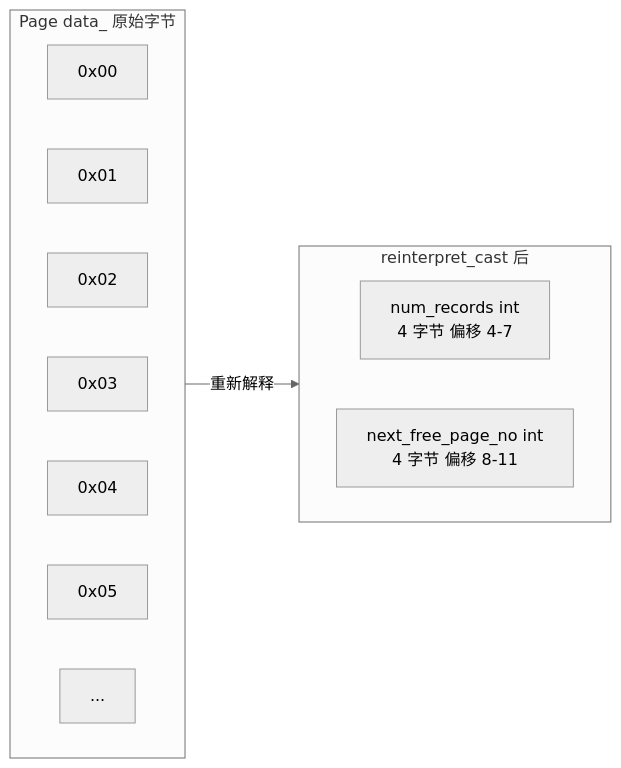
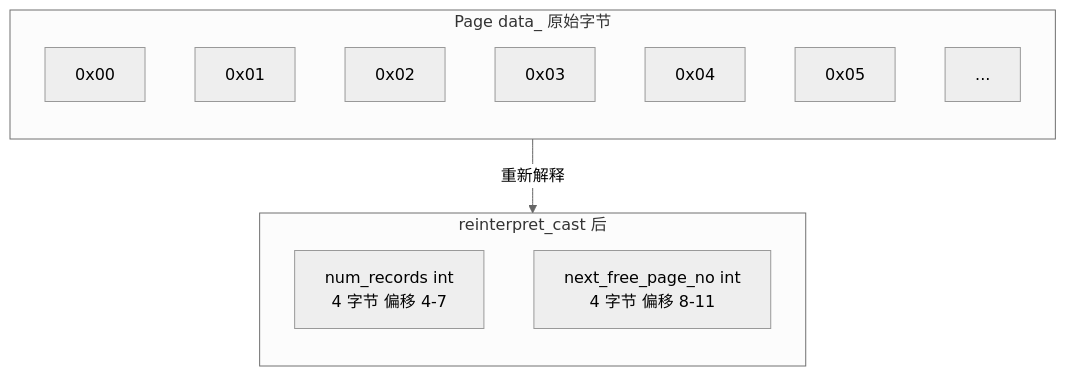
Before and after one commit to Dorian7Alden/RMDB-2024-Analyze: the second of 3 diagrams in my-analysis/02-record-layer/03-record-page-layout.md, drawn with Mermaid (neutral theme). The commit also changed other lines of this file and 11 other files, not shown here.

````diff
--- a/my-analysis/02-record-layer/03-record-page-layout.md
+++ b/my-analysis/02-record-layer/03-record-page-layout.md
@@ -224,21 +224,21 @@
 ```mermaid
-flowchart LR
+flowchart TB
     subgraph raw["Page data_ 原始字节"]
-        direction LR
+        direction TB
         B0["0x00"]
         B1["0x01"]
         B2["0x02"]
         B3["0x03"]
         B4["0x04"]
         B5["0x05"]
         BN["..."]
     end
 
     subgraph hdr["reinterpret_cast 后"]
-        direction LR
+        direction TB
         H0["num_records int<br/>4 字节 偏移 4-7"]
         H1["next_free_page_no int<br/>4 字节 偏移 8-11"]
     end
 
     raw -->|"重新解释"| hdr
 ```
````
